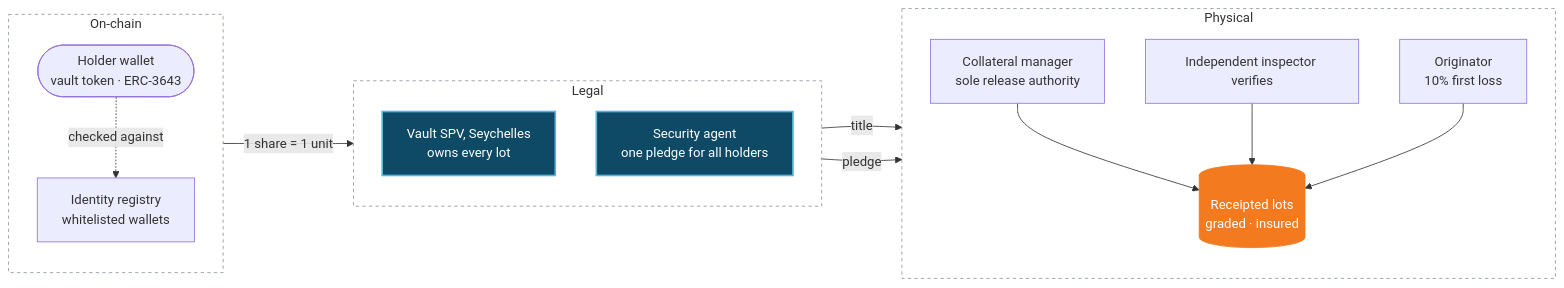
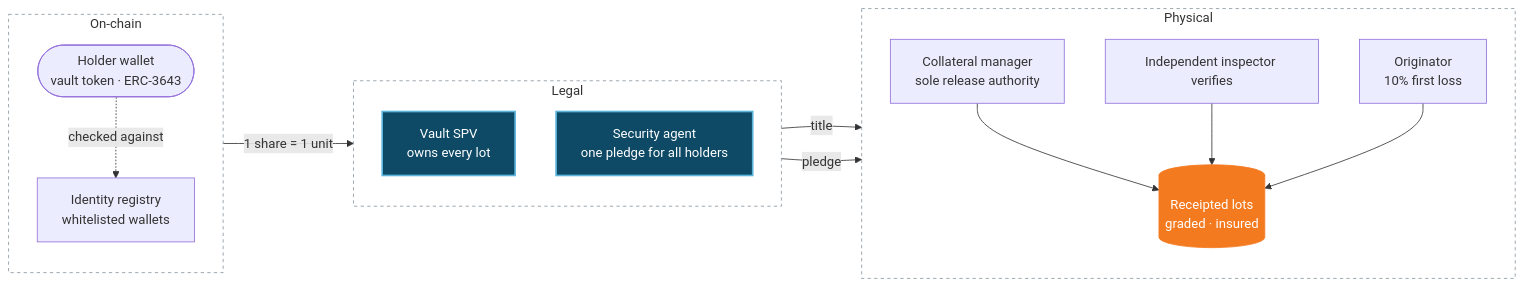
One commit to cargofinance/documentation changed the first of 2 diagrams in ecosystem/rwa-vault-mechanism.mdx. Above: the diagram before and after it, drawn with Mermaid. The commit also changed other lines of this file and 37 other files, not shown here.

````diff
--- a/ecosystem/rwa-vault-mechanism.mdx
+++ b/ecosystem/rwa-vault-mechanism.mdx
@@ -13,28 +14,28 @@
 ```mermaid
 flowchart LR
     subgraph CHAIN["On-chain"]
         direction TB
         W(["Holder wallet<br/>vault token · ERC-3643"]) -. "checked against" .-> IR["Identity registry<br/>whitelisted wallets"]
     end
     subgraph LEGAL["Legal"]
         direction TB
-        SPV["Vault SPV, Seychelles<br/>owns every lot"]
+        SPV["Vault SPV<br/>owns every lot"]
         SA["Security agent<br/>one pledge for all holders"]
     end
     subgraph PHYSICAL["Physical"]
         direction TB
         CM["Collateral manager<br/>sole release authority"] --> LOTS[("Receipted lots<br/>graded · insured")]
         V["Independent inspector verifies"] --> LOTS
         O["Originator<br/>10% first loss"] --> LOTS
     end
     W -- "1 share = 1 unit" --> SPV
     SPV -- "title" --> LOTS
     SA -- "pledge" --> CM
     classDef key fill:#0E4A66,stroke:#5BB4DB,stroke-width:2px,color:#ffffff
     classDef accent fill:#F47A20,stroke:#F47A20,color:#ffffff
     class SPV,SA key
     class LOTS accent
     style CHAIN fill:transparent,stroke:#8A96A0,stroke-dasharray:4 4
     style LEGAL fill:transparent,stroke:#8A96A0,stroke-dasharray:4 4
     style PHYSICAL fill:transparent,stroke:#8A96A0,stroke-dasharray:4 4
 ```
````
